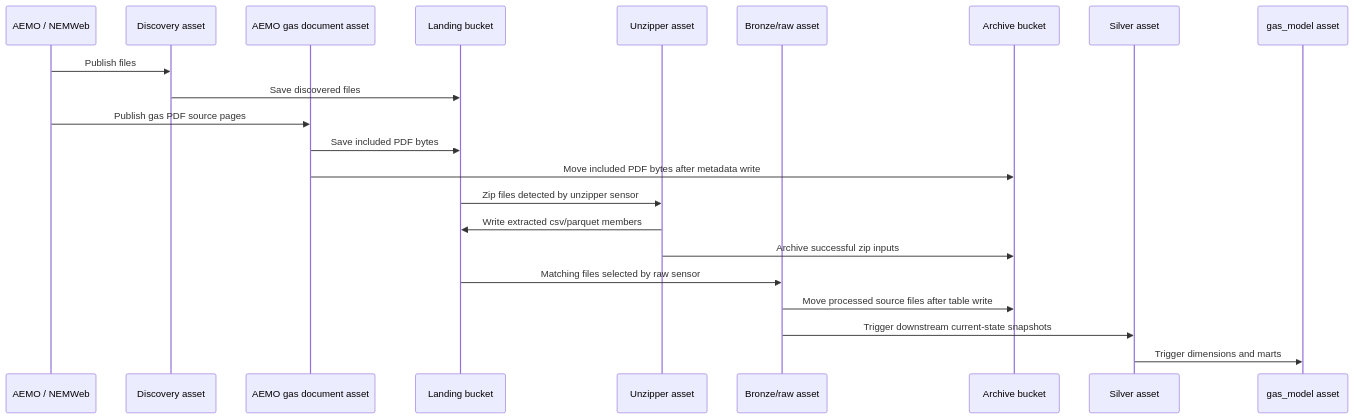
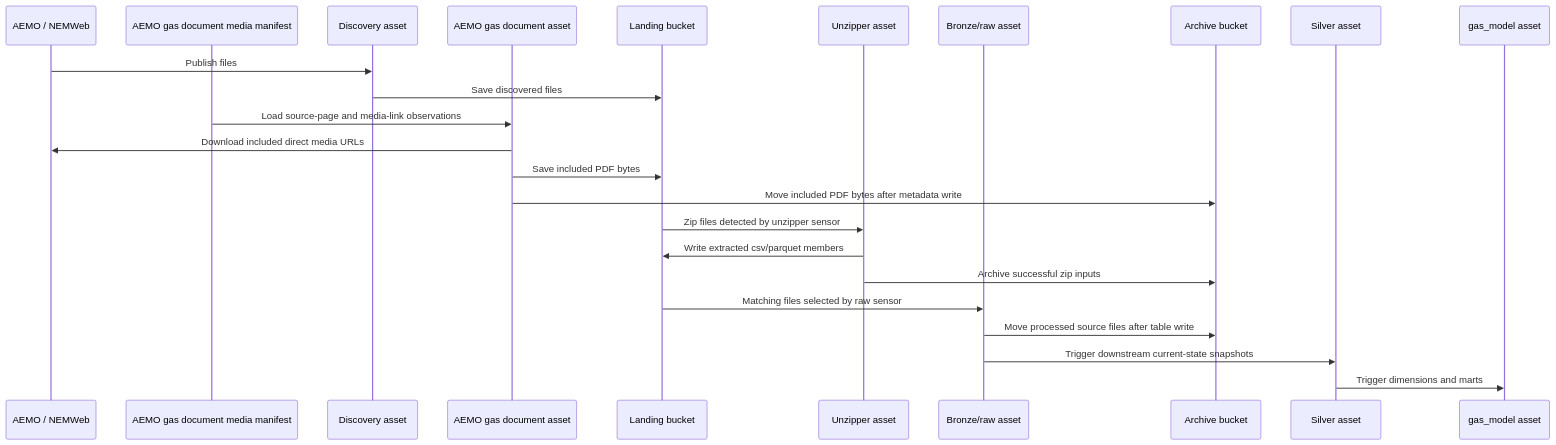
The third of 3 diagrams in backend-services/dagster-user/aemo-etl/README.md (Chr1sC0de/energy-market-delta-lake), drawn with Mermaid before and after one commit. The commit also changed other lines of this file and 15 other files, not shown here.

Commit message:
Implement issue #142: use manifest for AEMO gas documents

````diff
--- a/backend-services/dagster-user/aemo-etl/README.md
+++ b/backend-services/dagster-user/aemo-etl/README.md
@@ -131,25 +133,27 @@
 ```mermaid
 sequenceDiagram
     participant Source as AEMO / NEMWeb
+    participant Manifest as AEMO gas document media manifest
     participant Discover as Discovery asset
     participant Docs as AEMO gas document asset
     participant Landing as Landing bucket
     participant Unzip as Unzipper asset
     participant Raw as Bronze/raw asset
     participant Archive as Archive bucket
     participant Silver as Silver asset
     participant GasModel as gas_model asset
 
     Source->>Discover: Publish files
     Discover->>Landing: Save discovered files
-    Source->>Docs: Publish gas PDF source pages
+    Manifest->>Docs: Load source-page and media-link observations
+    Docs->>Source: Download included direct media URLs
     Docs->>Landing: Save included PDF bytes
     Docs->>Archive: Move included PDF bytes after metadata write
     Landing->>Unzip: Zip files detected by unzipper sensor
     Unzip->>Landing: Write extracted csv/parquet members
     Unzip->>Archive: Archive successful zip inputs
     Landing->>Raw: Matching files selected by raw sensor
     Raw->>Archive: Move processed source files after table write
     Raw->>Silver: Trigger downstream current-state snapshots
     Silver->>GasModel: Trigger dimensions and marts
 ```
````
